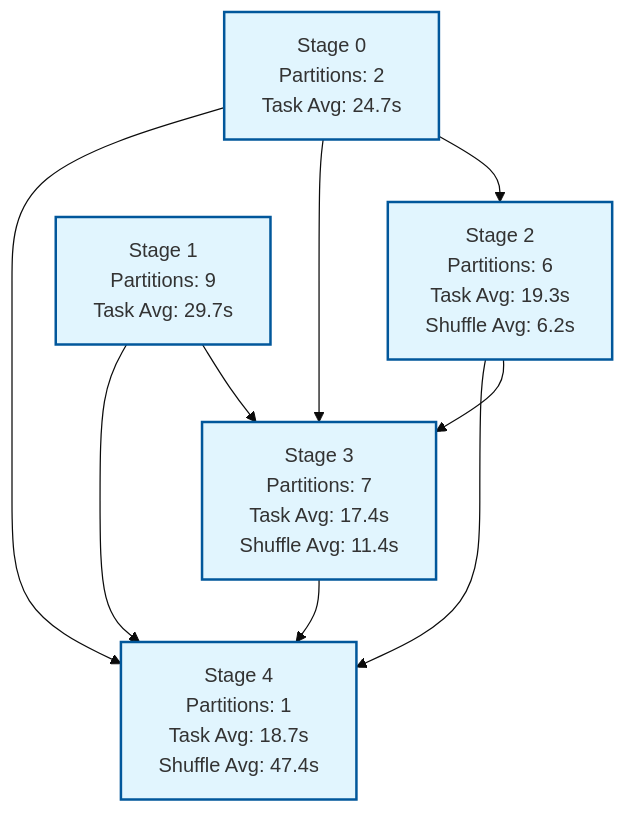
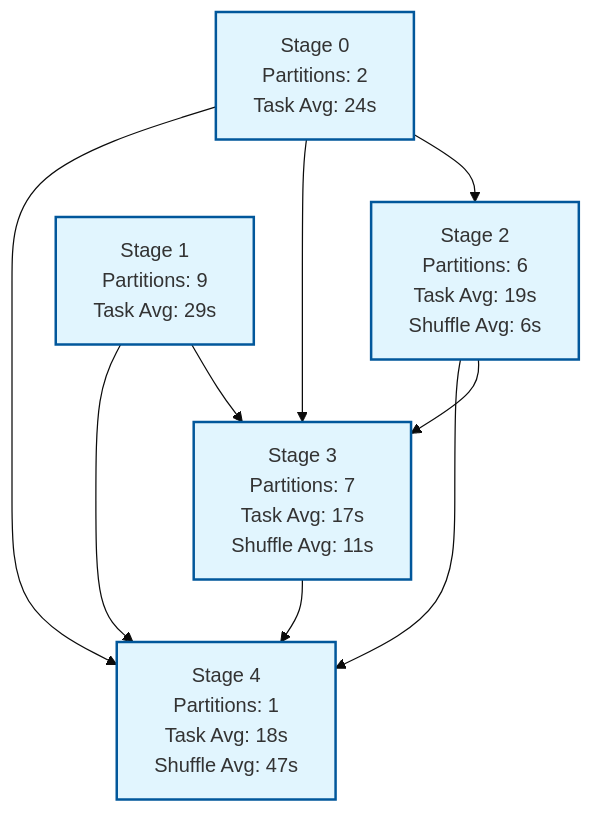
Before and after one commit to fhalde/fauxspark: the diagram in examples/generated/run1/README.md, drawn with Mermaid (base theme). The commit also changed 3 other files, not shown here.

````diff
--- a/examples/generated/run1/README.md
+++ b/examples/generated/run1/README.md
@@ -9,14 +9,14 @@
 ```mermaid
 graph TD
-    Stage0["Stage 0<br/>Partitions: 2<br/>Task Avg: 24.7s"] --> Stage2["Stage 2<br/>Partitions: 6<br/>Task Avg: 19.3s<br/>Shuffle Avg: 6.2s"]
-    Stage1["Stage 1<br/>Partitions: 9<br/>Task Avg: 29.7s"] --> Stage3["Stage 3<br/>Partitions: 7<br/>Task Avg: 17.4s<br/>Shuffle Avg: 11.4s"]
+    Stage0["Stage 0<br/>Partitions: 2<br/>Task Avg: 24s"] --> Stage2["Stage 2<br/>Partitions: 6<br/>Task Avg: 19s<br/>Shuffle Avg: 6s"]
+    Stage1["Stage 1<br/>Partitions: 9<br/>Task Avg: 29s"] --> Stage3["Stage 3<br/>Partitions: 7<br/>Task Avg: 17s<br/>Shuffle Avg: 11s"]
     Stage0 --> Stage3
     Stage2 --> Stage3
-    Stage0 --> Stage4["Stage 4<br/>Partitions: 1<br/>Task Avg: 18.7s<br/>Shuffle Avg: 47.4s"]
+    Stage0 --> Stage4["Stage 4<br/>Partitions: 1<br/>Task Avg: 18s<br/>Shuffle Avg: 47s"]
     Stage1 --> Stage4
     Stage2 --> Stage4
     Stage3 --> Stage4
 
     classDef stageBox fill:#e1f5fe,stroke:#01579b,stroke-width:2px
     class Stage0,Stage1,Stage2,Stage3,Stage4 stageBox
 ```
````
